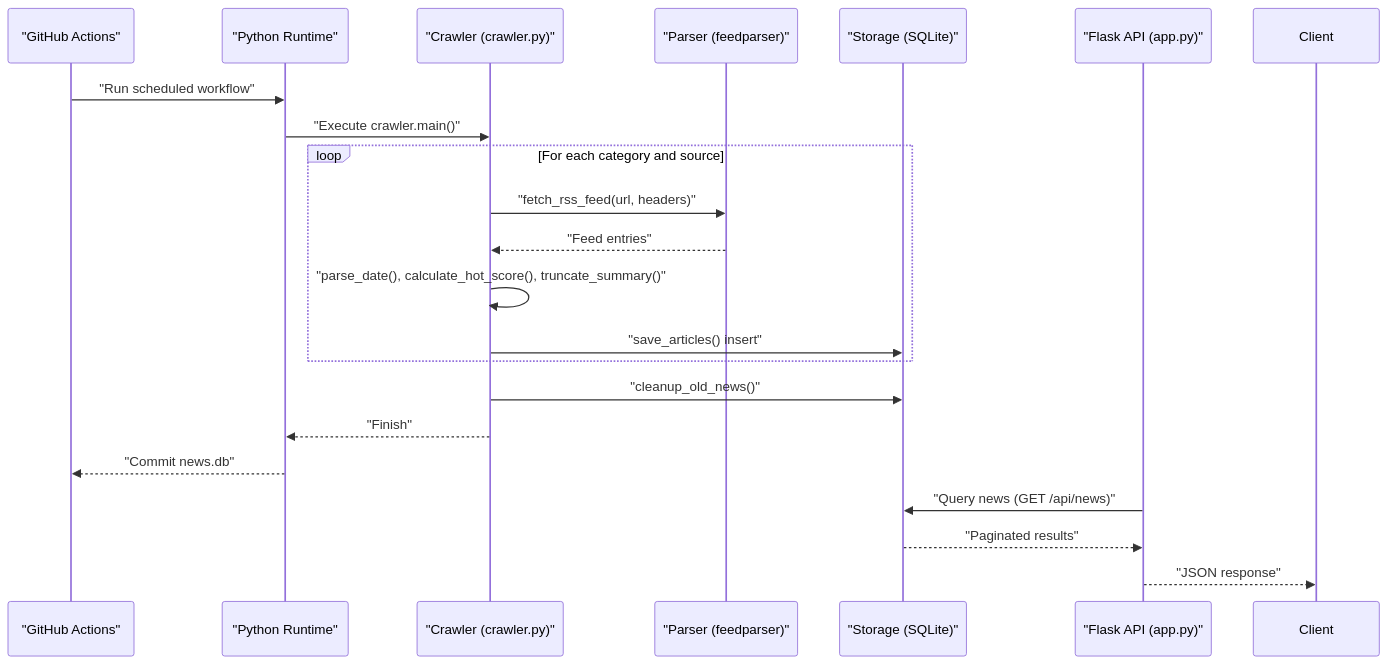
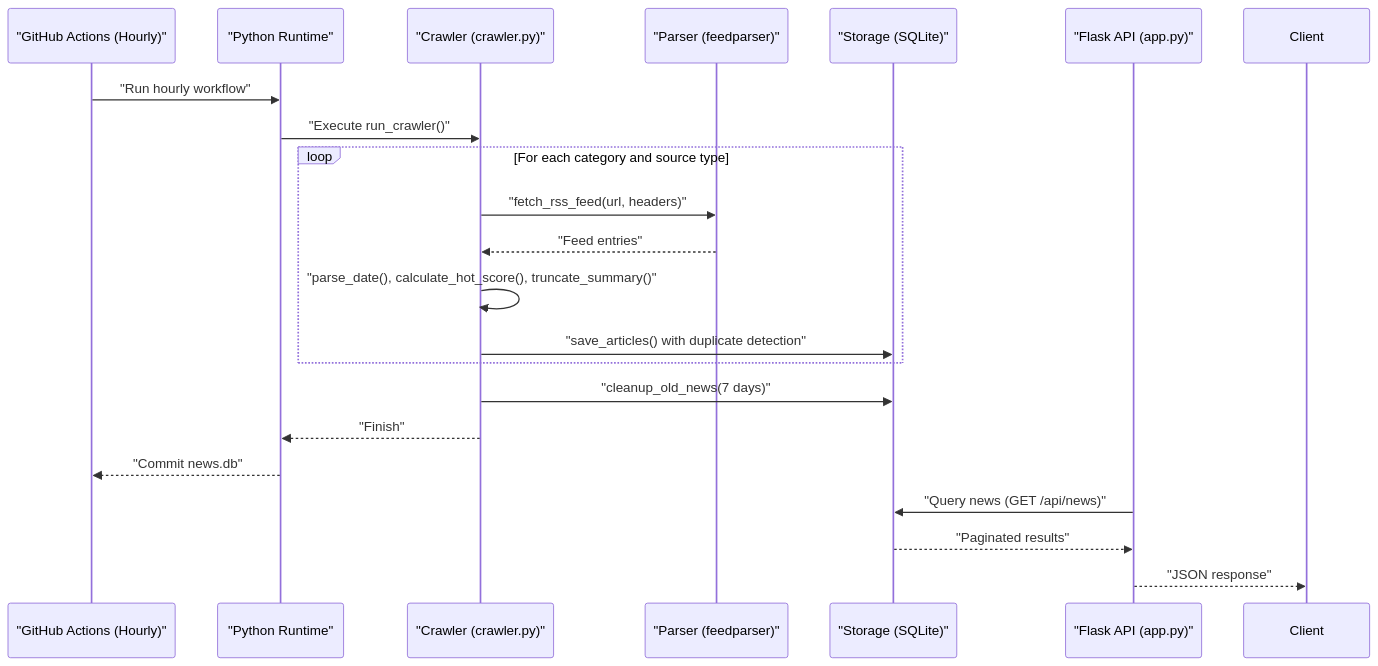
Before and after one commit to zbw-zbw/news-aggregator: the second of 5 diagrams in .qoder/repowiki/en/content/RSS Crawler System/RSS Crawler System.md, drawn with Mermaid. The commit also changed other lines of this file and 4 other files, not shown here.

````diff
--- a/.qoder/repowiki/en/content/RSS Crawler System/RSS Crawler System.md
+++ b/.qoder/repowiki/en/content/RSS Crawler System/RSS Crawler System.md
@@ -88,23 +99,23 @@
 ```mermaid
 sequenceDiagram
-participant GH as "GitHub Actions"
+participant GH as "GitHub Actions (Hourly)"
 participant Py as "Python Runtime"
 participant C as "Crawler (crawler.py)"
 participant P as "Parser (feedparser)"
 participant S as "Storage (SQLite)"
 participant API as "Flask API (app.py)"
-GH->>Py : "Run scheduled workflow"
-Py->>C : "Execute crawler.main()"
-loop For each category and source
+GH->>Py : "Run hourly workflow"
+Py->>C : "Execute run_crawler()"
+loop For each category and source type
 C->>P : "fetch_rss_feed(url, headers)"
 P-->>C : "Feed entries"
 C->>C : "parse_date(), calculate_hot_score(), truncate_summary()"
-C->>S : "save_articles() insert"
+C->>S : "save_articles() with duplicate detection"
 end
-C->>S : "cleanup_old_news()"
+C->>S : "cleanup_old_news(7 days)"
 C-->>Py : "Finish"
 Py-->>GH : "Commit news.db"
 API->>S : "Query news (GET /api/news)"
 S-->>API : "Paginated results"
 API-->>Client : "JSON response"
 ```
````
